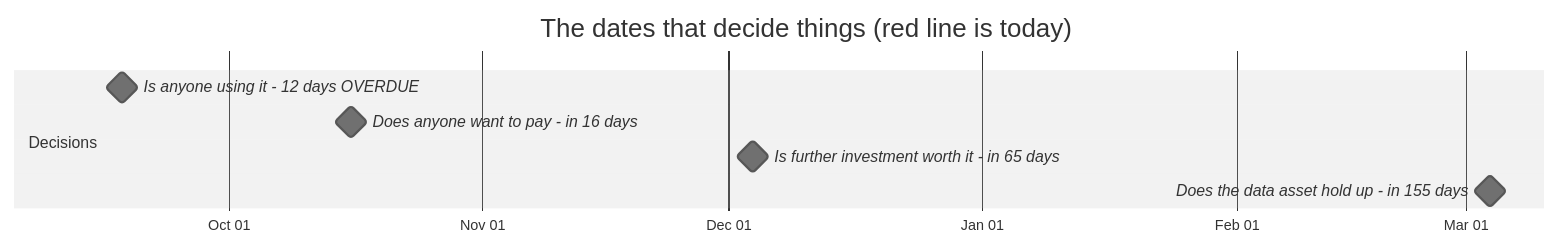
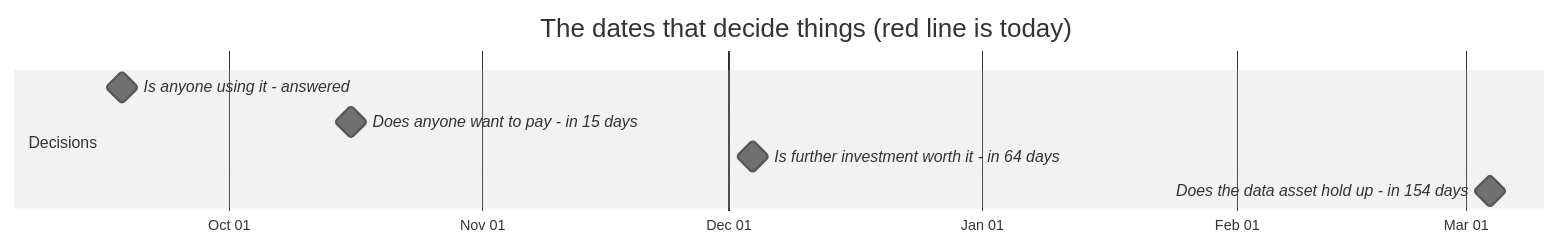
The first of 2 diagrams in docs/OWNER.md (jakegu1/vetagent), drawn with Mermaid (neutral theme) before and after one commit. The commit also changed other lines of this file, not shown here.

````diff
--- a/docs/OWNER.md
+++ b/docs/OWNER.md
@@ -67,12 +67,12 @@
 ```mermaid
 gantt
     dateFormat YYYY-MM-DD
     axisFormat %b %d
     todayMarker stroke-width:3px,stroke:#d33,stroke-dasharray:0
     title The dates that decide things (red line is today)
     section Decisions
-    Is anyone using it - 12 days OVERDUE :milestone, 2026-09-18, 0d
-    Does anyone want to pay - in 16 days :milestone, 2026-10-16, 0d
-    Is further investment worth it - in 65 days :milestone, 2026-12-04, 0d
-    Does the data asset hold up - in 155 days :milestone, 2027-03-04, 0d
+    Is anyone using it - answered :milestone, 2026-09-18, 0d
+    Does anyone want to pay - in 15 days :milestone, 2026-10-16, 0d
+    Is further investment worth it - in 64 days :milestone, 2026-12-04, 0d
+    Does the data asset hold up - in 154 days :milestone, 2027-03-04, 0d
 ```
````
